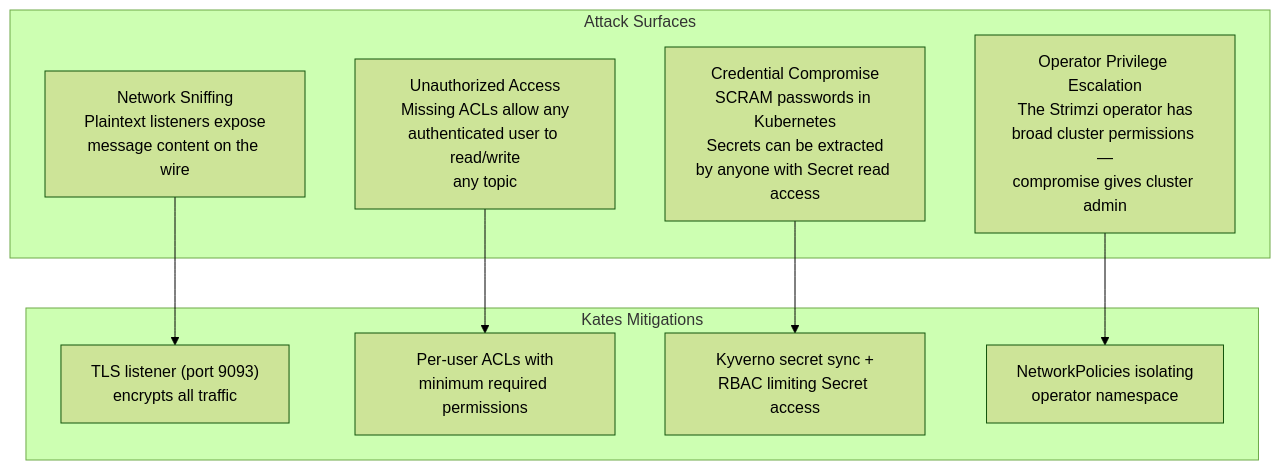
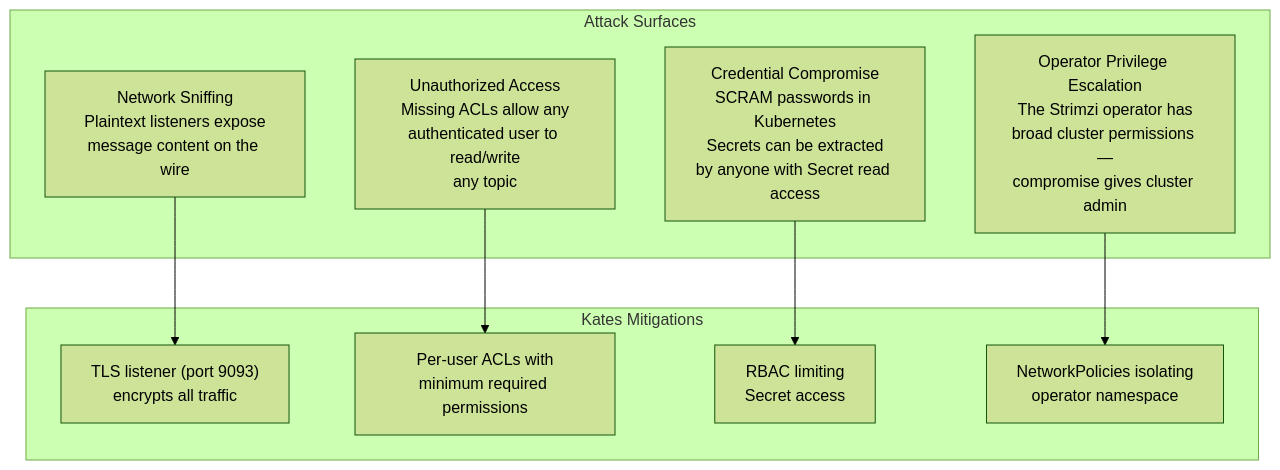
Before and after one commit to actions-marketplace-validations/bmscomp_kates: the first of 6 diagrams in docs/book/17-security.md, drawn with Mermaid (forest theme). The commit also changed other lines of this file and 7 other files, not shown here.

````diff
--- a/docs/book/17-security.md
+++ b/docs/book/17-security.md
@@ -16,21 +17,21 @@
 ```mermaid
 graph TD
     subgraph Threats["Attack Surfaces"]
         T1["Network Sniffing<br/>Plaintext listeners expose<br/>message content on the wire"]
         T2["Unauthorized Access<br/>Missing ACLs allow any<br/>authenticated user to read/write<br/>any topic"]
         T3["Credential Compromise<br/>SCRAM passwords in Kubernetes<br/>Secrets can be extracted<br/>by anyone with Secret read access"]
         T4["Operator Privilege Escalation<br/>The Strimzi operator has<br/>broad cluster permissions —<br/>compromise gives cluster admin"]
     end
 
     subgraph Mitigations["Kates Mitigations"]
         M1["TLS listener (port 9093)<br/>encrypts all traffic"]
         M2["Per-user ACLs with<br/>minimum required permissions"]
-        M3["Kyverno secret sync +<br/>RBAC limiting Secret access"]
+        M3["RBAC limiting<br/>Secret access"]
         M4["NetworkPolicies isolating<br/>operator namespace"]
     end
 
     T1 --> M1
     T2 --> M2
     T3 --> M3
     T4 --> M4
 ```
````
